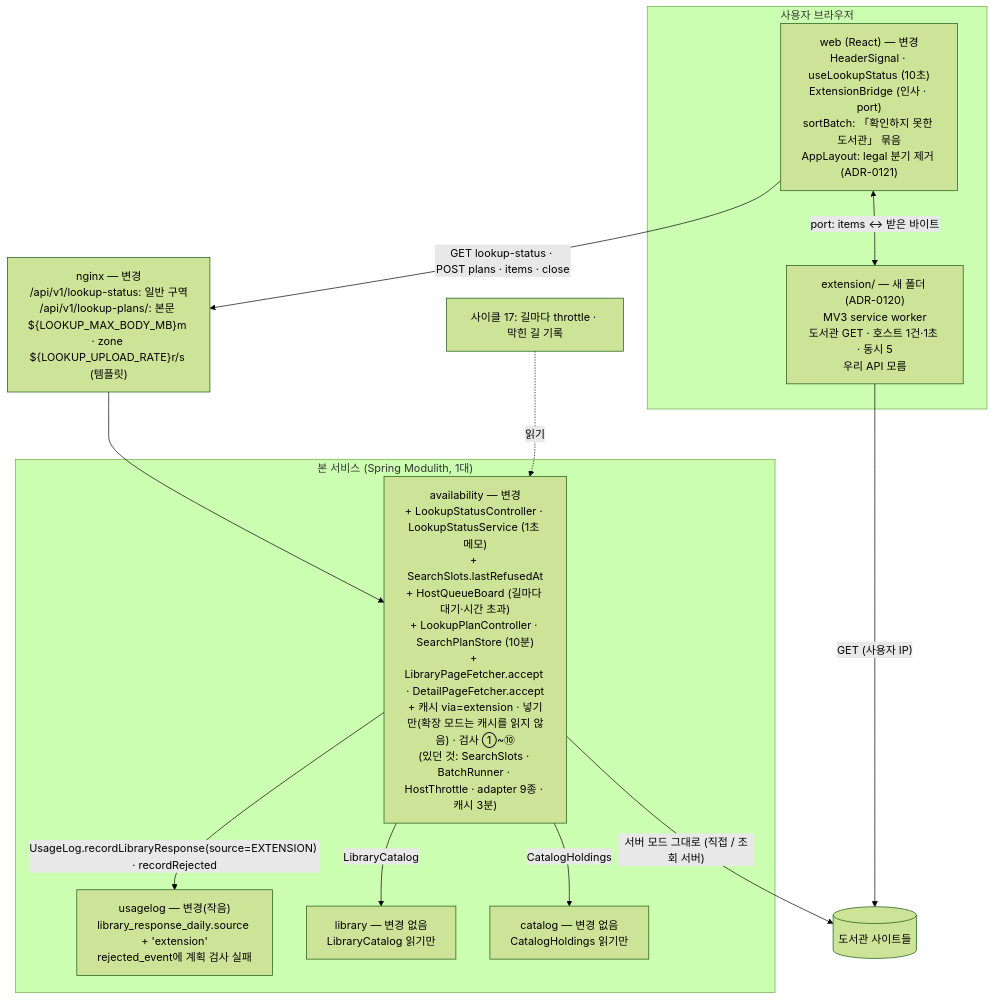
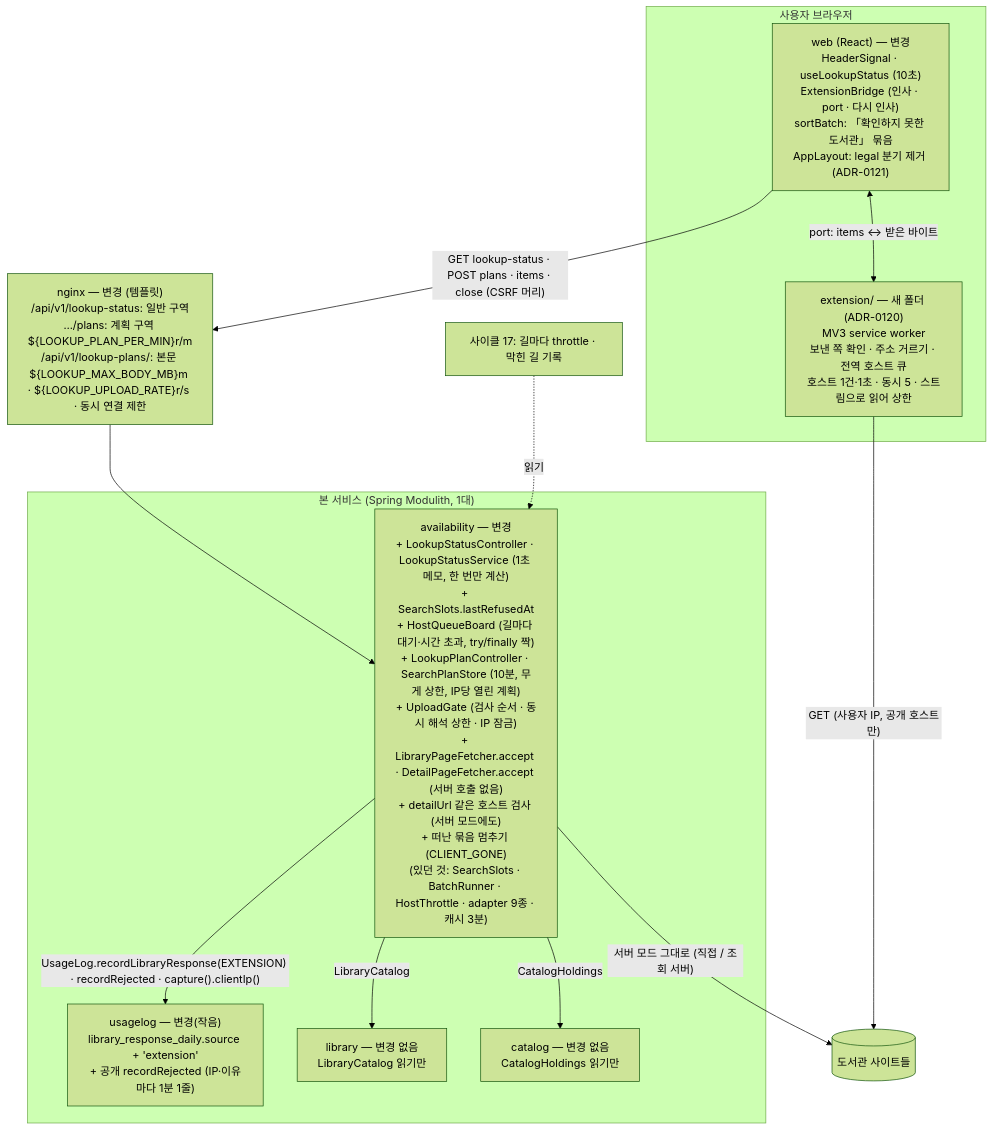
Before and after one commit to hodu-sketch/chaekcheck-plan: the first of 6 diagrams in docs/cycles/20-lookup-status-and-extension/design-delta.md, drawn with Mermaid (forest theme). The commit also changed other lines of this file and 8 other files, not shown here.

Commit message:
cycle 20: three-angle review (user, server resources, security/stability) - fixes applied to design-delta/spec/flow/scope/ADR-0119, 19 decisions on review page; old design-delta page closed

````diff
--- a/docs/cycles/20-lookup-status-and-extension/design-delta.md
+++ b/docs/cycles/20-lookup-status-and-extension/design-delta.md
@@ -12,22 +13,22 @@
 ```mermaid
 flowchart TB
   subgraph browser["사용자 브라우저"]
-    web["web (React) — 변경<br/>HeaderSignal · useLookupStatus (10초)<br/>ExtensionBridge (인사 · port)<br/>sortBatch: 「확인하지 못한 도서관」 묶음<br/>AppLayout: legal 분기 제거 (ADR-0121)"]
-    ext["extension/ — 새 폴더 (ADR-0120)<br/>MV3 service worker<br/>도서관 GET · 호스트 1건·1초 · 동시 5<br/>우리 API 모름"]
+    web["web (React) — 변경<br/>HeaderSignal · useLookupStatus (10초)<br/>ExtensionBridge (인사 · port · 다시 인사)<br/>sortBatch: 「확인하지 못한 도서관」 묶음<br/>AppLayout: legal 분기 제거 (ADR-0121)"]
+    ext["extension/ — 새 폴더 (ADR-0120)<br/>MV3 service worker<br/>보낸 쪽 확인 · 주소 거르기 · 전역 호스트 큐<br/>호스트 1건·1초 · 동시 5 · 스트림으로 읽어 상한"]
   end
-  nginx["nginx — 변경<br/>/api/v1/lookup-status: 일반 구역<br/>/api/v1/lookup-plans/: 본문 ${LOOKUP_MAX_BODY_MB}m · zone ${LOOKUP_UPLOAD_RATE}r/s (템플릿)"]
+  nginx["nginx — 변경 (템플릿)<br/>/api/v1/lookup-status: 일반 구역<br/>…/plans: 계획 구역 ${LOOKUP_PLAN_PER_MIN}r/m<br/>/api/v1/lookup-plans/: 본문 ${LOOKUP_MAX_BODY_MB}m · ${LOOKUP_UPLOAD_RATE}r/s · 동시 연결 제한"]
   subgraph main["본 서비스 (Spring Modulith, 1대)"]
-    av["availability — 변경<br/>+ LookupStatusController · LookupStatusService (1초 메모)<br/>+ SearchSlots.lastRefusedAt<br/>+ HostQueueBoard (길마다 대기·시간 초과)<br/>+ LookupPlanController · SearchPlanStore (10분)<br/>+ LibraryPageFetcher.accept · DetailPageFetcher.accept<br/>+ 캐시 via=extension · 넣기만(확장 모드는 캐시를 읽지 않음) · 검사 ①~⑩<br/>(있던 것: SearchSlots · BatchRunner · HostThrottle · adapter 9종 · 캐시 3분)"]
-    ul["usagelog — 변경(작음)<br/>library_response_daily.source + 'extension'<br/>rejected_event에 계획 검사 실패"]
+    av["availability — 변경<br/>+ LookupStatusController · LookupStatusService (1초 메모, 한 번만 계산)<br/>+ SearchSlots.lastRefusedAt<br/>+ HostQueueBoard (길마다 대기·시간 초과, try/finally 짝)<br/>+ LookupPlanController · SearchPlanStore (10분, 무게 상한, IP당 열린 계획)<br/>+ UploadGate (검사 순서 · 동시 해석 상한 · IP 잠금)<br/>+ LibraryPageFetcher.accept · DetailPageFetcher.accept (서버 호출 없음)<br/>+ detailUrl 같은 호스트 검사 (서버 모드에도)<br/>+ 떠난 묶음 멈추기 (CLIENT_GONE)<br/>(있던 것: SearchSlots · BatchRunner · HostThrottle · adapter 9종 · 캐시 3분)"]
+    ul["usagelog — 변경(작음)<br/>library_response_daily.source + 'extension'<br/>+ 공개 recordRejected (IP·이유마다 1분 1줄)"]
     lib["library — 변경 없음<br/>LibraryCatalog 읽기만"]
     cat["catalog — 변경 없음<br/>CatalogHoldings 읽기만"]
-    av -->|"UsageLog.recordLibraryResponse(source=EXTENSION) · recordRejected"| ul
+    av -->|"UsageLog.recordLibraryResponse(EXTENSION) · recordRejected · capture().clientIp()"| ul
     av -->|"LibraryCatalog"| lib
     av -->|"CatalogHoldings"| cat
   end
-  web -->|"GET lookup-status · POST plans · items · close"| nginx --> av
+  web -->|"GET lookup-status · POST plans · items · close (CSRF 머리)"| nginx --> av
   web <-->|"port: items ↔ 받은 바이트"| ext
-  ext -->|"GET (사용자 IP)"| sites[("도서관 사이트들")]
+  ext -->|"GET (사용자 IP, 공개 호스트만)"| sites[("도서관 사이트들")]
   av -->|"서버 모드 그대로 (직접 / 조회 서버)"| sites
   bl["사이클 17: 길마다 throttle · 막힌 길 기록"] -.->|"읽기"| av
 ```
````
